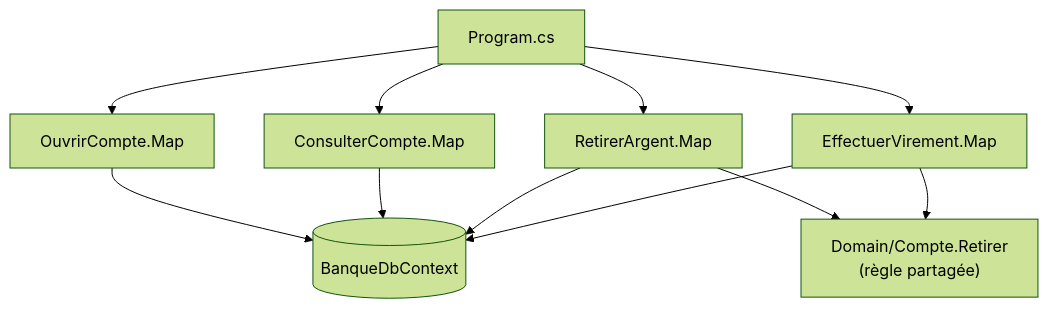
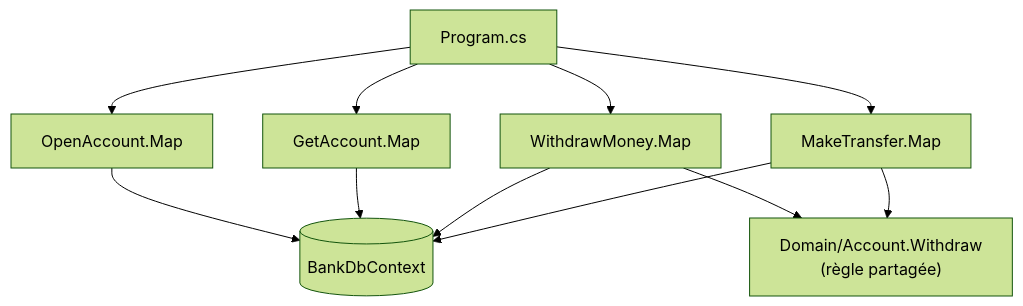
Before and after one commit to drangoht/ArchitecturesDemo: the second of 2 diagrams in Docs/05-vertical-slice.md, drawn with Mermaid (forest theme). The commit also changed other lines of this file and 70 other files, not shown here.

Commit message:
Docs FR : identifiants, liens, diagrammes et sorties alignés sur le code anglais

````diff
--- a/Docs/05-vertical-slice.md
+++ b/Docs/05-vertical-slice.md
@@ -60,13 +60,13 @@
 ```mermaid
 flowchart TB
-    P["Program.cs"] --> O["OuvrirCompte.Map"]
-    P --> C["ConsulterCompte.Map"]
-    P --> R["RetirerArgent.Map"]
-    P --> V["EffectuerVirement.Map"]
-    O --> DB[("BanqueDbContext")]
+    P["Program.cs"] --> O["OpenAccount.Map"]
+    P --> C["GetAccount.Map"]
+    P --> R["WithdrawMoney.Map"]
+    P --> V["MakeTransfer.Map"]
+    O --> DB[("BankDbContext")]
     C --> DB
-    R --> D["Domain/Compte.Retirer<br/>(règle partagée)"]
+    R --> D["Domain/Account.Withdraw<br/>(règle partagée)"]
     V --> D
     R --> DB
     V --> DB
 ```
````
